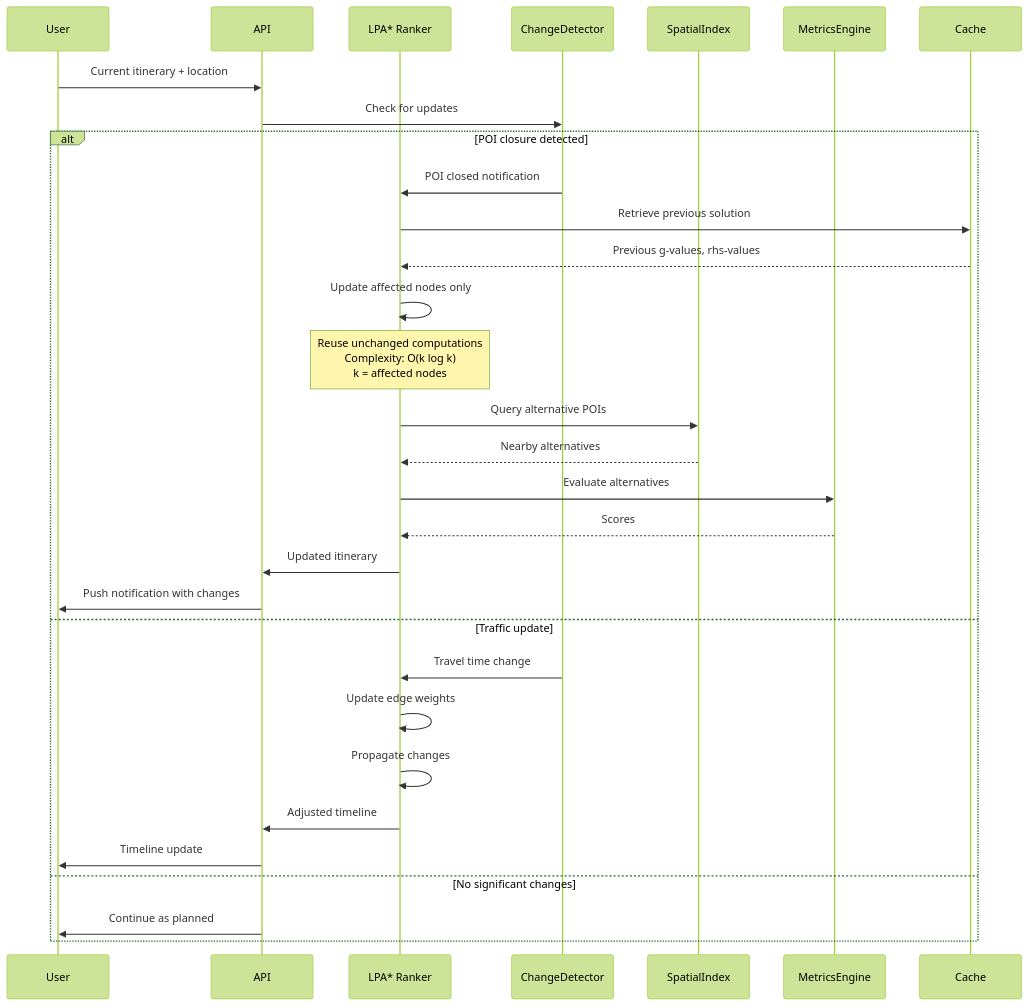
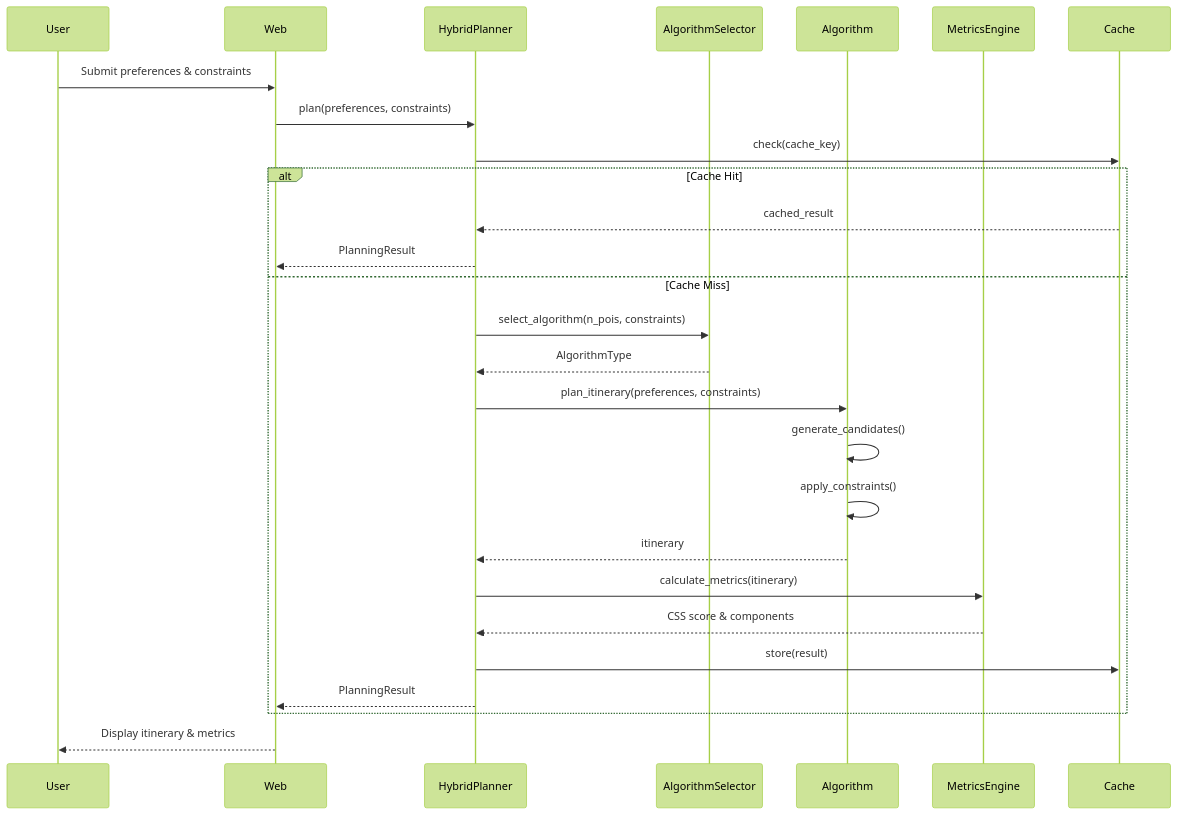
One commit to stelioszach03/thesis-ranking-itineraries changed the third of 6 diagrams in docs/architecture.md. Above: the diagram before and after it, drawn with Mermaid (forest theme). The commit also changed other lines of this file and 28 other files, not shown here.

````diff
--- a/docs/architecture.md
+++ b/docs/architecture.md
@@ -697,41 +121,32 @@
 ```mermaid
 sequenceDiagram
     participant User
-    participant API
-    participant LPAStar as LPA* Ranker
-    participant ChangeDetector
-    participant SpatialIndex
+    participant Web
+    participant HybridPlanner
+    participant AlgorithmSelector
+    participant Algorithm
     participant MetricsEngine
     participant Cache
     
-    User->>API: Current itinerary + location
-    API->>ChangeDetector: Check for updates
+    User->>Web: Submit preferences & constraints
+    Web->>HybridPlanner: plan(preferences, constraints)
+    HybridPlanner->>Cache: check(cache_key)
     
-    alt POI closure detected
-        ChangeDetector->>LPAStar: POI closed notification
-        LPAStar->>Cache: Retrieve previous solution
-        Cache-->>LPAStar: Previous g-values, rhs-values
-        
-        LPAStar->>LPAStar: Update affected nodes only
-        Note over LPAStar: Reuse unchanged computations<br/>Complexity: O(k log k)<br/>k = affected nodes
-        
-        LPAStar->>SpatialIndex: Query alternative POIs
-        SpatialIndex-->>LPAStar: Nearby alternatives
-        
-        LPAStar->>MetricsEngine: Evaluate alternatives
-        MetricsEngine-->>LPAStar: Scores
-        
-        LPAStar->>API: Updated itinerary
-        API->>User: Push notification with changes
-        
-    else Traffic update
-        ChangeDetector->>LPAStar: Travel time change
-        LPAStar->>LPAStar: Update edge weights
-        LPAStar->>LPAStar: Propagate changes
-        LPAStar->>API: Adjusted timeline
-        API->>User: Timeline update
-        
-    else No significant changes
-        API->>User: Continue as planned
+    alt Cache Hit
+        Cache-->>HybridPlanner: cached_result
+        HybridPlanner-->>Web: PlanningResult
+    else Cache Miss
+        HybridPlanner->>AlgorithmSelector: select_algorithm(n_pois, constraints)
+        AlgorithmSelector-->>HybridPlanner: AlgorithmType
+        HybridPlanner->>Algorithm: plan_itinerary(preferences, constraints)
+        Algorithm->>Algorithm: generate_candidates()
+        Algorithm->>Algorithm: apply_constraints()
+        Algorithm-->>HybridPlanner: itinerary
+        HybridPlanner->>MetricsEngine: calculate_metrics(itinerary)
+        MetricsEngine-->>HybridPlanner: CSS score & components
+        HybridPlanner->>Cache: store(result)
+        HybridPlanner-->>Web: PlanningResult
     end
+    
+    Web-->>User: Display itinerary & metrics
 ```
````
